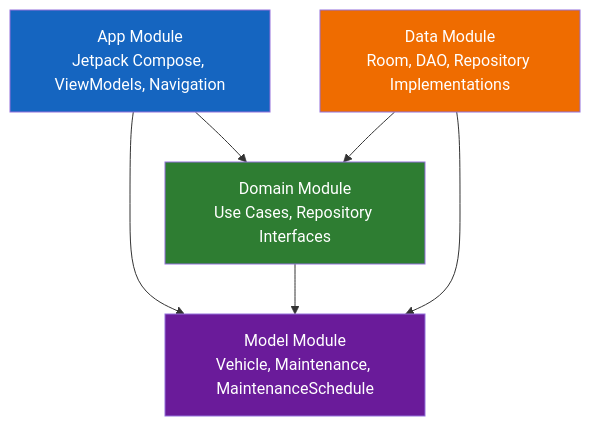
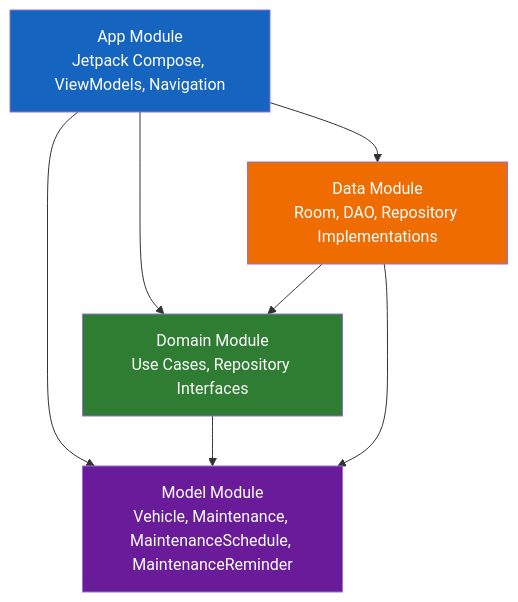
Before and after one commit to Firas2094/CarCare-AI: the first of 3 diagrams in README.md, drawn with Mermaid. The commit also changed other lines of this file, not shown here.

````diff
--- a/README.md
+++ b/README.md
@@ -72,18 +103,19 @@
 ```mermaid
 flowchart TD
     A["App Module<br/>Jetpack Compose, ViewModels, Navigation"]
     B["Domain Module<br/>Use Cases, Repository Interfaces"]
     C["Data Module<br/>Room, DAO, Repository Implementations"]
-    D["Model Module<br/>Vehicle, Maintenance, MaintenanceSchedule"]
+    D["Model Module<br/>Vehicle, Maintenance, MaintenanceSchedule, MaintenanceReminder"]
 
     A --> B
     A --> D
+    A --> C
     B --> D
     C --> B
     C --> D
 
     style A fill:#1565C0,color:#fff
     style B fill:#2E7D32,color:#fff
     style C fill:#EF6C00,color:#fff
     style D fill:#6A1B9A,color:#fff
 ```
````
